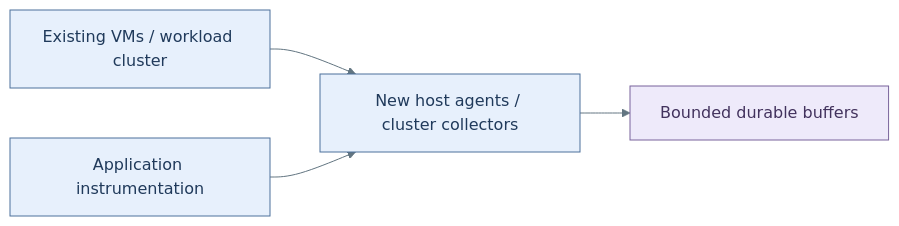
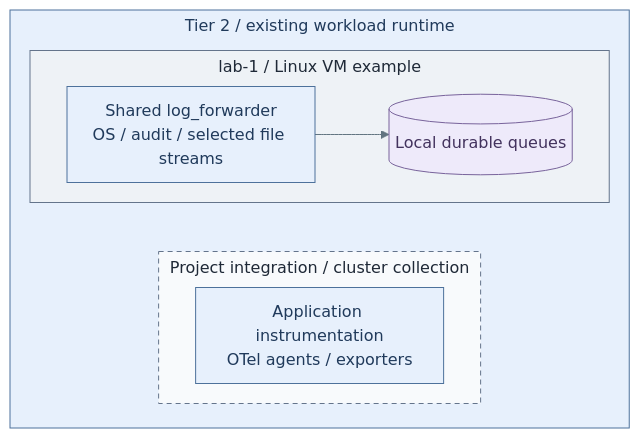
The first of 3 diagrams in docs/deployment/stage-6-workloads/telemetry.md (Rexus/homelab), drawn with Mermaid before and after one commit. The commit also changed other lines of this file and 60 other files, not shown here.

Commit message:
docs(diagrams): align architecture and deployment views with IaC

````diff
--- a/docs/deployment/stage-6-workloads/telemetry.md
+++ b/docs/deployment/stage-6-workloads/telemetry.md
@@ -20,11 +20,24 @@
 ```mermaid
-%%{init: {"theme":"base","themeVariables":{"lineColor":"#627581","edgeLabelBackground":"#f8fafc"}}}%%
+%%{init: {"theme":"base","flowchart":{"nodeSpacing":20,"rankSpacing":24,"padding":12,"subGraphTitleMargin":{"top":4,"bottom":12}},"themeVariables":{"lineColor":"#627581","edgeLabelBackground":"#f8fafc"}}}%%
 flowchart LR
-  Runtime["Existing VMs / workload cluster"] --> Agents["New host agents / cluster collectors"]
-  Apps["Application instrumentation"] --> Agents --> Queue["Bounded durable buffers"]
+  subgraph T2["Tier 2 / existing workload runtime"]
+    subgraph VM["lab-1 / Linux VM example"]
+      Agents["Shared log_forwarder<br/>OS / audit / selected file streams"]
+      Queue[("Local durable queues")]
+      Agents --> Queue
+    end
+    subgraph Project["Project integration / cluster collection"]
+      Apps["Application instrumentation<br/>OTel agents / exporters"]
+    end
+    VM ~~~ Project
+  end
   classDef default fill:#f8fafc,stroke:#64748b,color:#1f2937
   classDef services fill:#e7f0fc,stroke:#4d719b,color:#203a5b
   classDef data fill:#eeeafa,stroke:#78639b,color:#42325d
-  class Runtime,Apps,Agents services
+  classDef boundary fill:#eef2f6,stroke:#64748b,color:#1f2937
+  classDef replicas fill:#f8fafc,stroke:#64748b,color:#1f2937,stroke-dasharray:5 4
+  class T2,Apps,Agents services
   class Queue data
+  class VM boundary
+  class Project replicas
 ```
````
